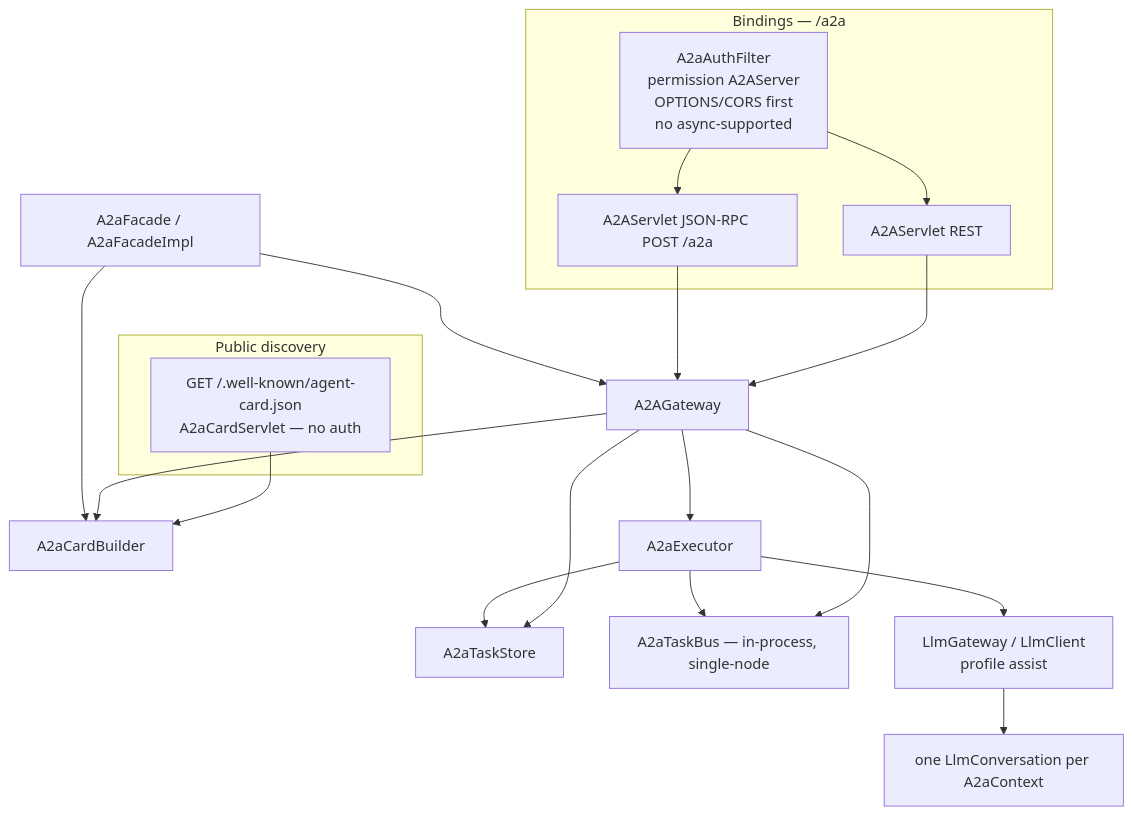
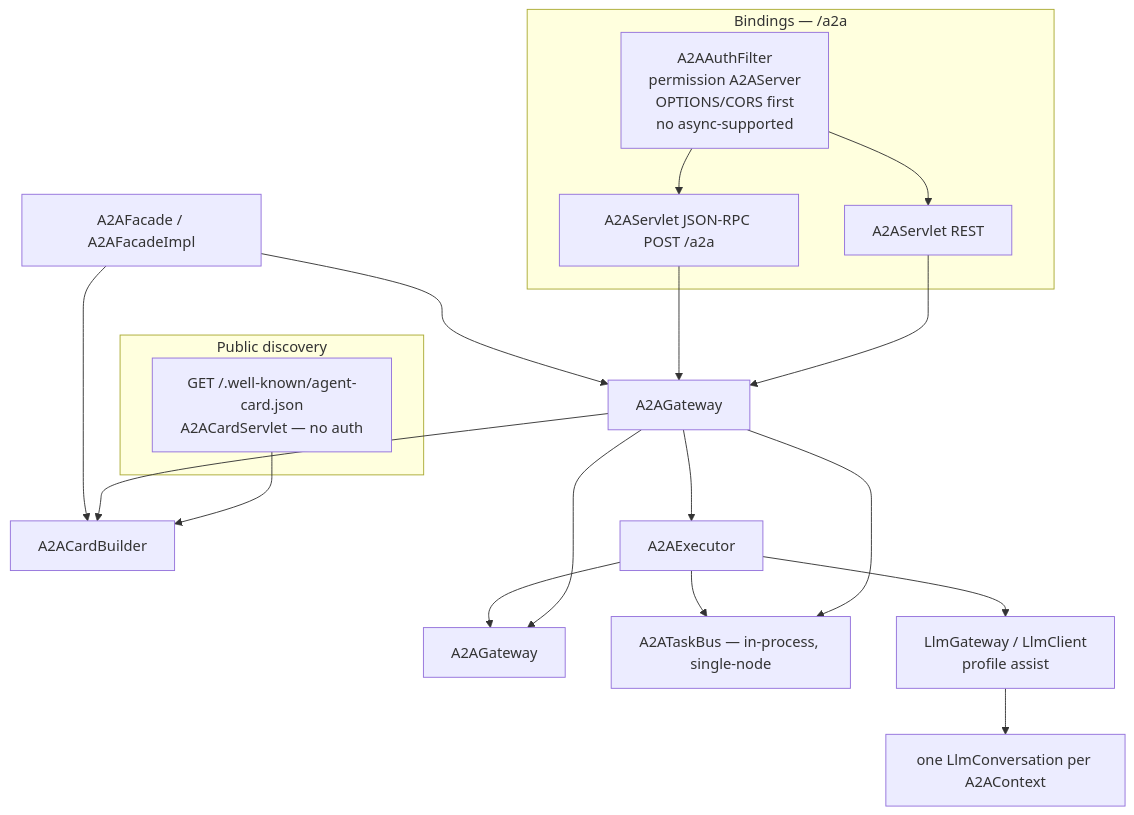
Before and after one commit to moqui/moqui-framework: the second of 5 diagrams in framework/plans/A2A-Server.md, drawn with Mermaid. The commit also changed other lines of this file and 32 other files, not shown here.

First line of the commit message:
Add A2A 1.0 server: JSON-RPC binding, SSE streaming and Agent Card

````diff
--- a/framework/plans/A2A-Server.md
+++ b/framework/plans/A2A-Server.md
@@ -131,35 +190,35 @@
 ```mermaid
 flowchart TB
   subgraph discovery [Public discovery]
-    WK["GET /.well-known/agent-card.json<br/>A2aCardServlet — no auth"]
+    WK["GET /.well-known/agent-card.json<br/>A2ACardServlet — no auth"]
   end
 
   subgraph bindings [Bindings — /a2a]
     REST["A2AServlet REST"]
     RPC["A2AServlet JSON-RPC POST /a2a"]
-    AUTH["A2aAuthFilter<br/>permission A2AServer<br/>OPTIONS/CORS first<br/>no async-supported"]
+    AUTH["A2AAuthFilter<br/>permission A2AServer<br/>OPTIONS/CORS first<br/>no async-supported"]
     AUTH --> REST
     AUTH --> RPC
   end
 
   GW["A2AGateway"]
   REST --> GW
   RPC --> GW
-  WK --> CARD["A2aCardBuilder"]
+  WK --> CARD["A2ACardBuilder"]
   GW --> CARD
 
-  STORE["A2aTaskStore"]
-  BUS["A2aTaskBus — in-process, single-node"]
-  EX["A2aExecutor"]
-  FACADE["A2aFacade / A2aFacadeImpl"]
+  STORE["A2AGateway"]
+  BUS["A2ATaskBus — in-process, single-node"]
+  EX["A2AExecutor"]
+  FACADE["A2AFacade / A2AFacadeImpl"]
   GW --> STORE
   GW --> BUS
   GW --> EX
   FACADE --> CARD
   FACADE --> GW
 
   EX --> LLM["LlmGateway / LlmClient<br/>profile assist"]
-  LLM --> CONV["one LlmConversation per A2aContext"]
+  LLM --> CONV["one LlmConversation per A2AContext"]
   EX --> STORE
   EX --> BUS
 ```
````
